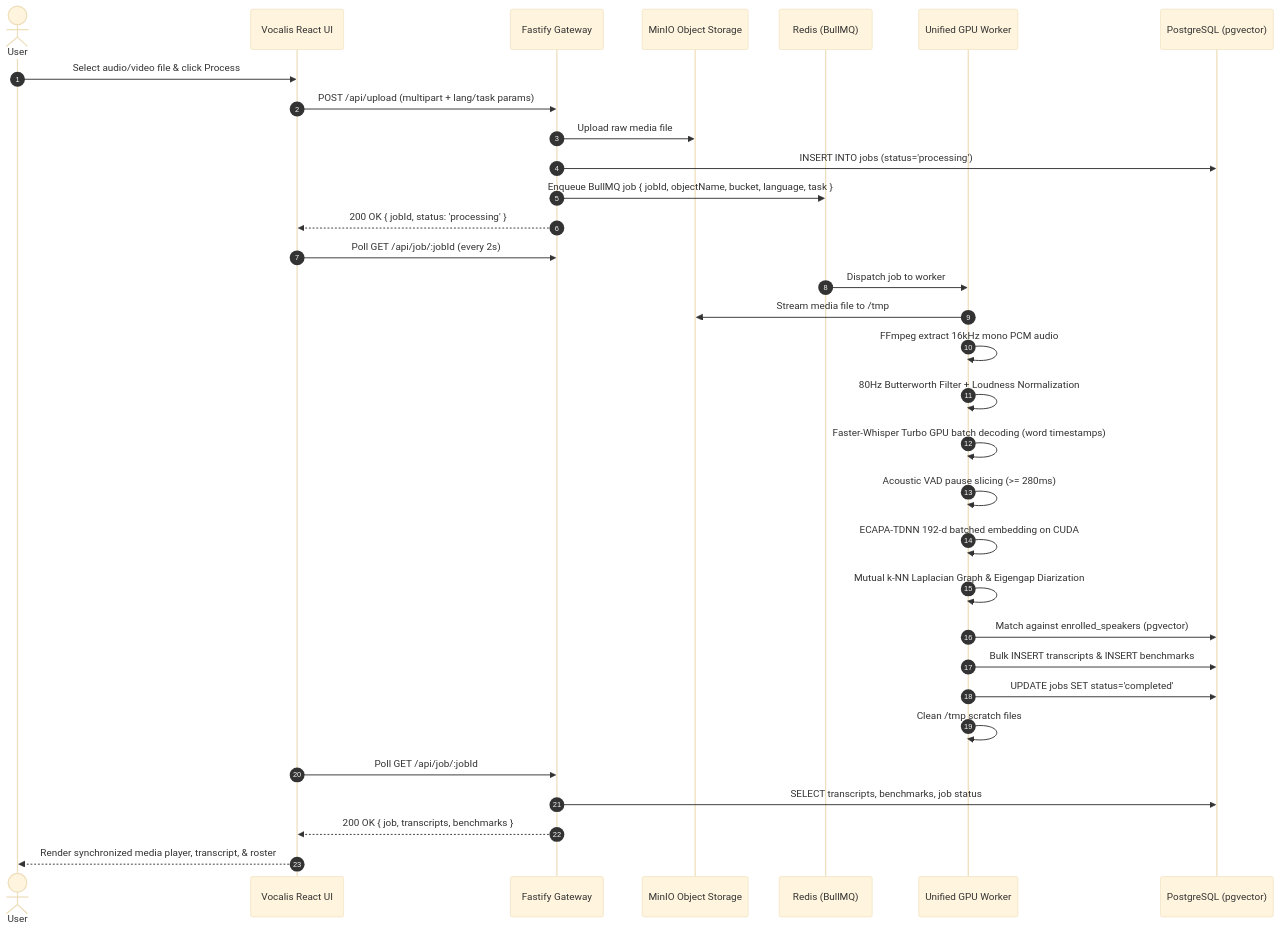
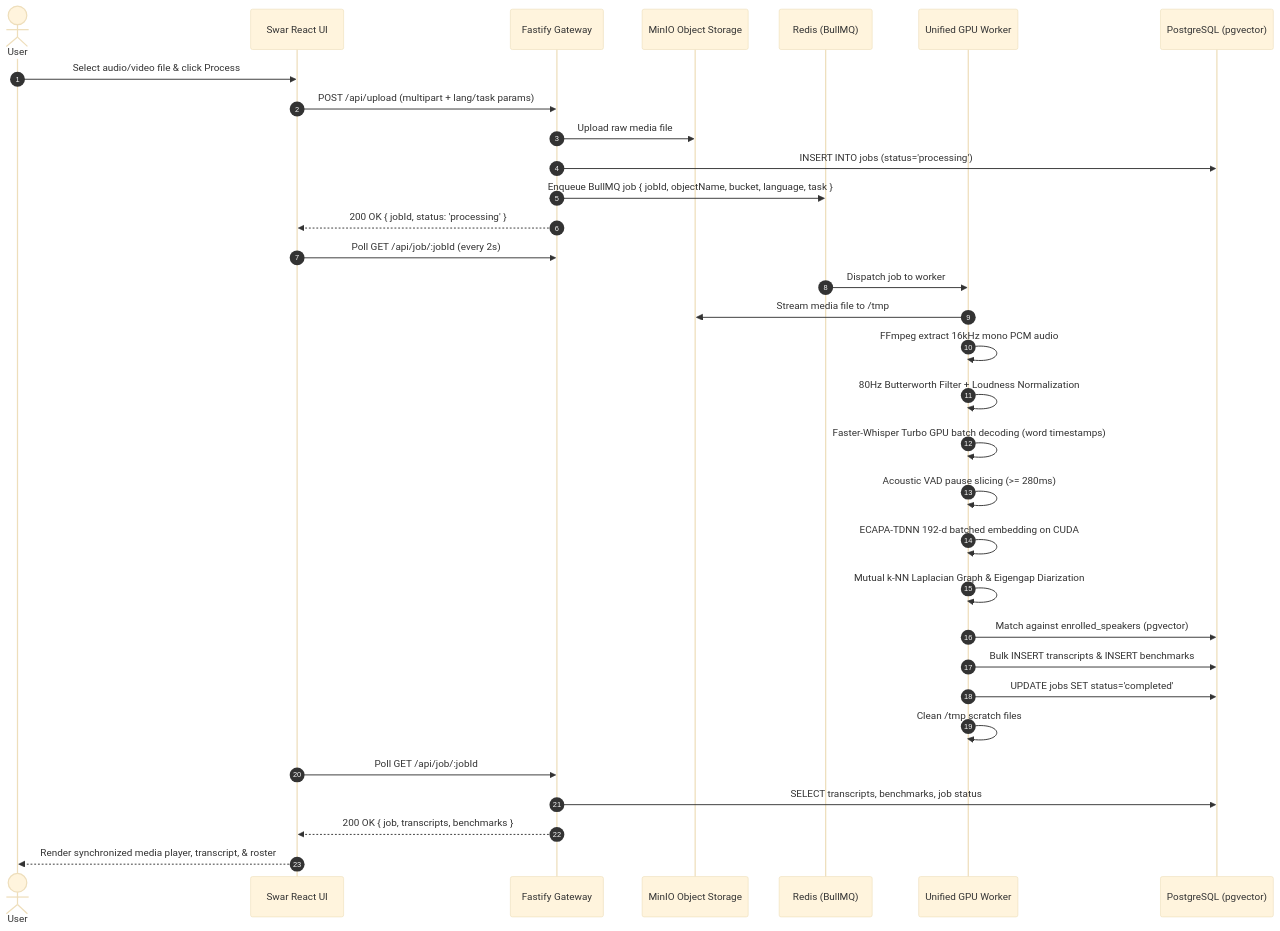
The diagram in ARCHITECTURE.md (i-m-akshat/Swar), drawn with Mermaid (base theme) before and after one commit. The commit also changed other lines of this file and 18 other files, not shown here.

````diff
--- a/ARCHITECTURE.md
+++ b/ARCHITECTURE.md
@@ -56,38 +56,38 @@
 ```mermaid
 sequenceDiagram
     autonumber
     actor User
-    participant Frontend as Vocalis React UI
+    participant Frontend as Swar React UI
     participant Backend as Fastify Gateway
     participant MinIO as MinIO Object Storage
     participant Redis as Redis (BullMQ)
     participant Worker as Unified GPU Worker
     participant DB as PostgreSQL (pgvector)
 
     User->>Frontend: Select audio/video file & click Process
     Frontend->>Backend: POST /api/upload (multipart + lang/task params)
     Backend->>MinIO: Upload raw media file
     Backend->>DB: INSERT INTO jobs (status='processing')
     Backend->>Redis: Enqueue BullMQ job { jobId, objectName, bucket, language, task }
     Backend-->>Frontend: 200 OK { jobId, status: 'processing' }
 
     Frontend->>Backend: Poll GET /api/job/:jobId (every 2s)
 
     Redis->>Worker: Dispatch job to worker
     Worker->>MinIO: Stream media file to /tmp
     Worker->>Worker: FFmpeg extract 16kHz mono PCM audio
     Worker->>Worker: 80Hz Butterworth Filter + Loudness Normalization
     Worker->>Worker: Faster-Whisper Turbo GPU batch decoding (word timestamps)
     Worker->>Worker: Acoustic VAD pause slicing (>= 280ms)
     Worker->>Worker: ECAPA-TDNN 192-d batched embedding on CUDA
     Worker->>Worker: Mutual k-NN Laplacian Graph & Eigengap Diarization
     Worker->>DB: Match against enrolled_speakers (pgvector)
     Worker->>DB: Bulk INSERT transcripts & INSERT benchmarks
     Worker->>DB: UPDATE jobs SET status='completed'
     Worker->>Worker: Clean /tmp scratch files
 
     Frontend->>Backend: Poll GET /api/job/:jobId
     Backend->>DB: SELECT transcripts, benchmarks, job status
     Backend-->>Frontend: 200 OK { job, transcripts, benchmarks }
     Frontend-->>User: Render synchronized media player, transcript, & roster
 ```
````
